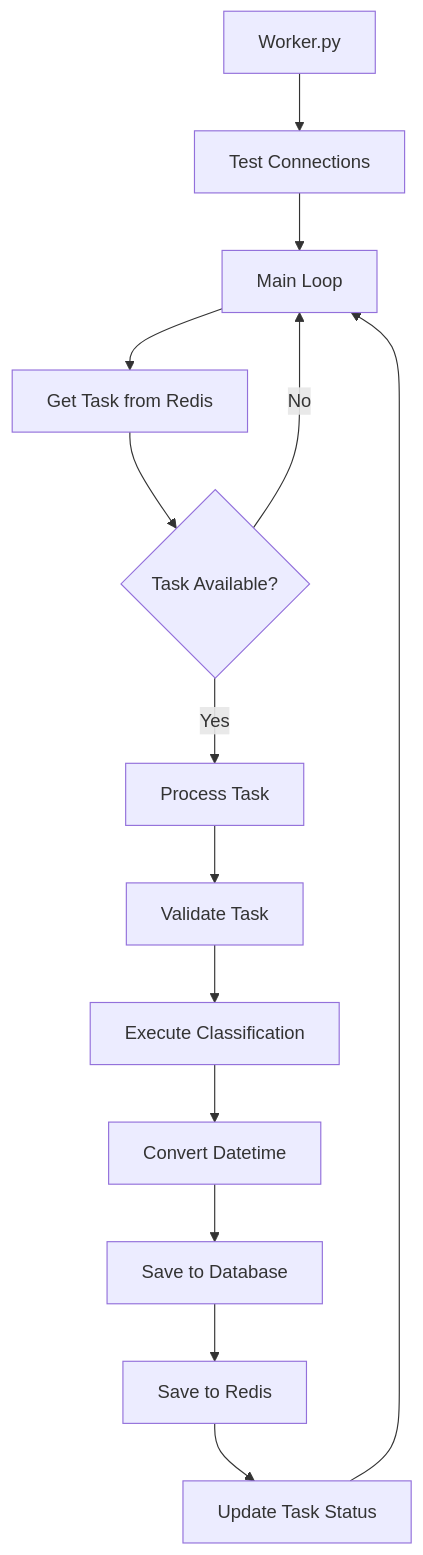
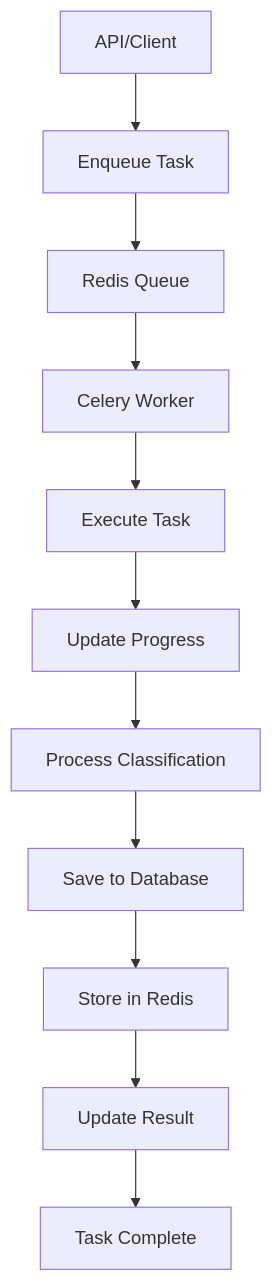
Before and after one commit to tom4stapia/vambe-backend: the diagram in ai-worker/README_WORKER.md, drawn with Mermaid. The commit also changed other lines of this file and 37 other files, not shown here.

First line of the commit message:
fix: Resolve health check and worker stats issues with celery-ts integration

````diff
--- a/ai-worker/README_WORKER.md
+++ b/ai-worker/README_WORKER.md
@@ -67,16 +69,13 @@
 ```mermaid
 graph TD
-    A[Worker.py] --> B[Test Connections]
-    B --> C[Main Loop]
-    C --> D[Get Task from Redis]
-    D --> E{Task Available?}
-    E -->|No| C
-    E -->|Yes| F[Process Task]
-    F --> G[Validate Task]
-    G --> H[Execute Classification]
-    H --> I[Convert Datetime]
-    I --> J[Save to Database]
-    J --> K[Save to Redis]
-    K --> L[Update Task Status]
-    L --> C
+    A[API/Client] --> B[Enqueue Task]
+    B --> C[Redis Queue]
+    C --> D[Celery Worker]
+    D --> E[Execute Task]
+    E --> F[Update Progress]
+    F --> G[Process Classification]
+    G --> H[Save to Database]
+    H --> I[Store in Redis]
+    I --> J[Update Result]
+    J --> K[Task Complete]
 ```
````
